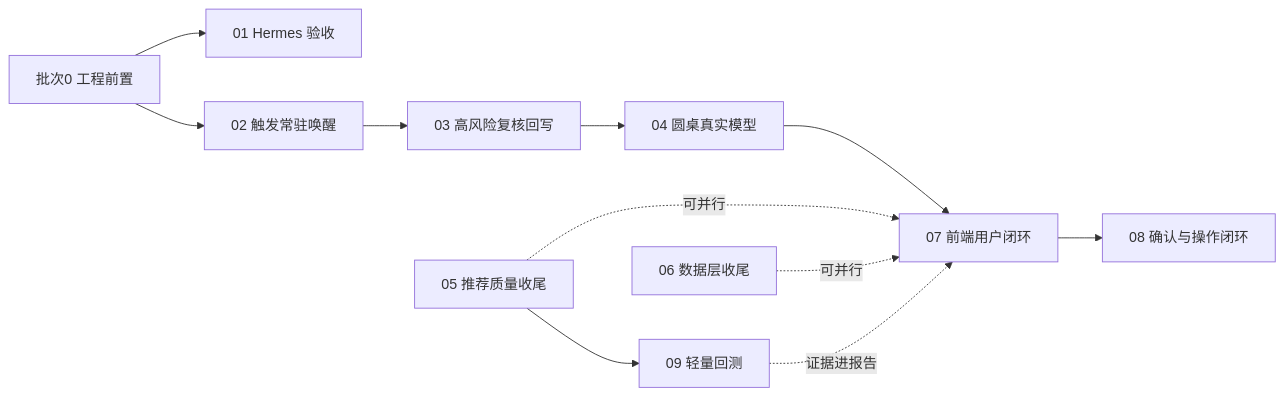
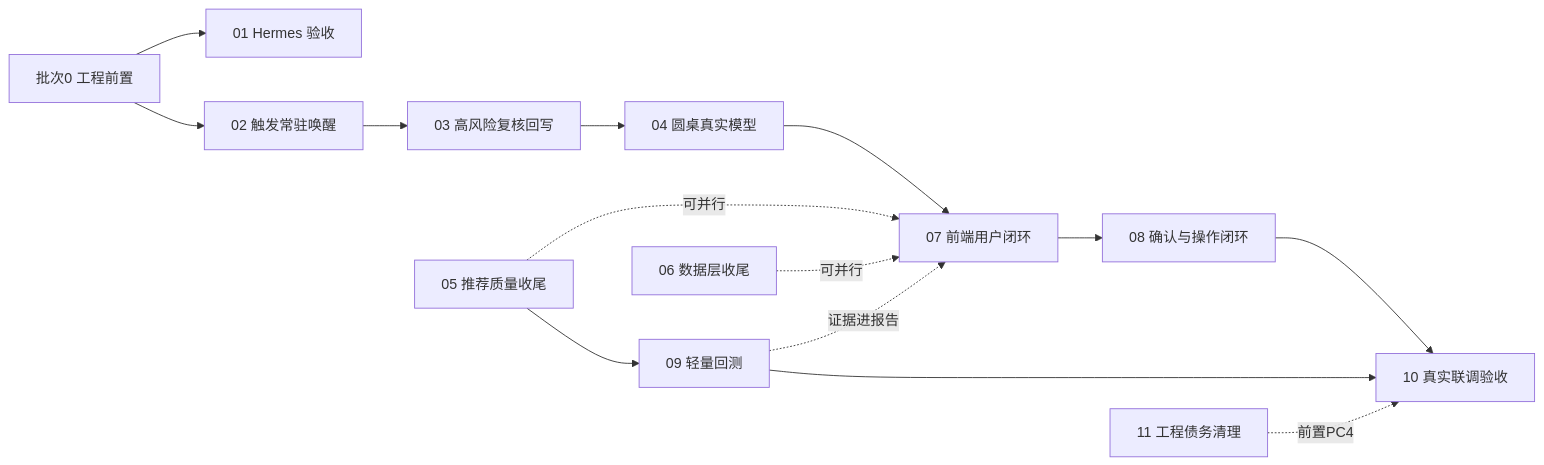
One commit to 312308542/finance-agent changed the diagram in docs/开发方案/00-总体规划与执行约定.md. Above: the diagram before and after it, drawn with Mermaid. The commit also changed other lines of this file and 2 other files, not shown here.

````diff
--- a/docs/开发方案/00-总体规划与执行约定.md
+++ b/docs/开发方案/00-总体规划与执行约定.md
@@ -55,18 +57,23 @@
 ```mermaid
 flowchart LR
     B00["批次0 工程前置"]
     B01["01 Hermes 验收"]
     B02["02 触发常驻唤醒"]
     B03["03 高风险复核回写"]
     B04["04 圆桌真实模型"]
     B05["05 推荐质量收尾"]
     B06["06 数据层收尾"]
     B07["07 前端用户闭环"]
     B08["08 确认与操作闭环"]
     B09["09 轻量回测"]
+    B10["10 真实联调验收"]
+    B11["11 工程债务清理"]
     B00 --> B01
     B00 --> B02 --> B03 --> B04 --> B07 --> B08
     B05 -.可并行.-> B07
     B06 -.可并行.-> B07
     B05 --> B09 -.证据进报告.-> B07
+    B08 --> B10
+    B09 --> B10
+    B11 -.前置PC4.-> B10
 ```
````
